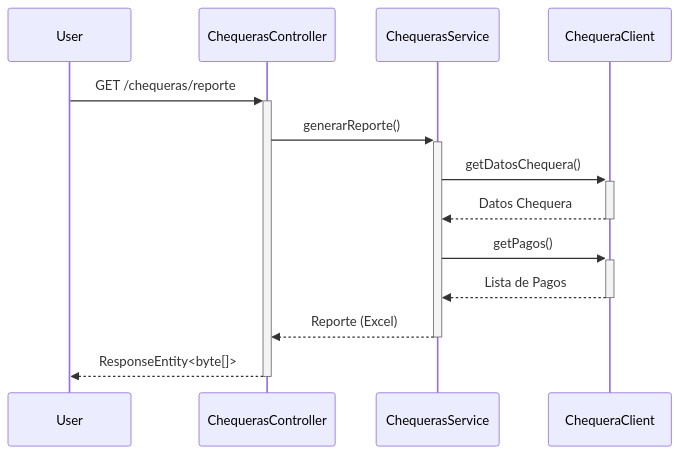
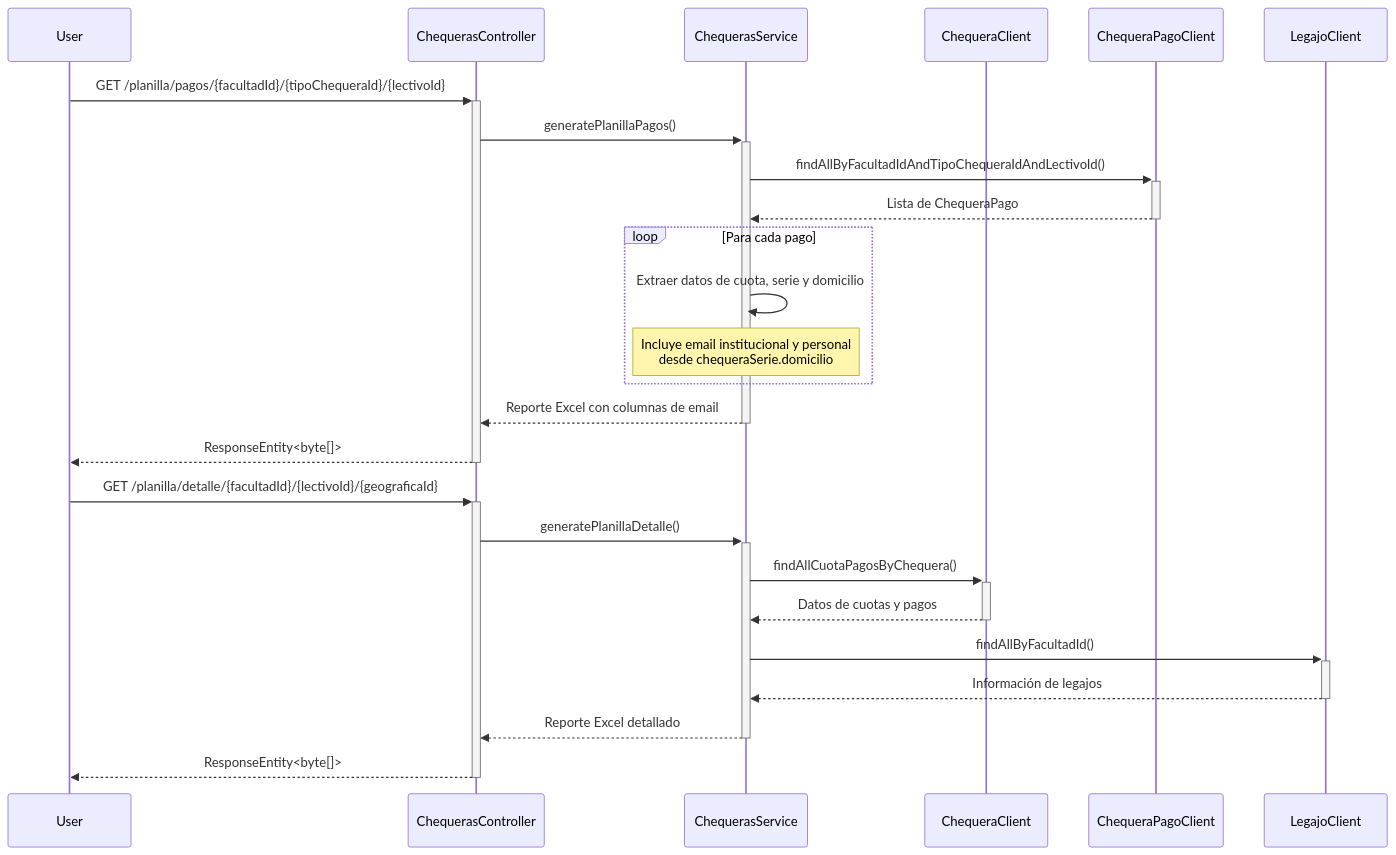
Before and after one commit to UM-services/UM.tesoreria.report-service: the diagram in docs/diagrams/generacion-reporte.mmd, drawn with Mermaid. The commit also changed 5 other files, not shown here.

First line of the commit message:
feat(report): add institutional and personal email columns to payment reports

````diff
--- a/docs/diagrams/generacion-reporte.mmd
+++ b/docs/diagrams/generacion-reporte.mmd
@@ -1,16 +1,29 @@
 ```mermaid
 sequenceDiagram
     participant User
     participant ChequerasController
     participant ChequerasService
     participant ChequeraClient
+    participant ChequeraPagoClient
+    participant LegajoClient
 
-    User->>+ChequerasController: GET /chequeras/reporte
-    ChequerasController->>+ChequerasService: generarReporte()
-    ChequerasService->>+ChequeraClient: getDatosChequera()
-    ChequeraClient-->>-ChequerasService: Datos Chequera
-    ChequerasService->>+ChequeraClient: getPagos()
-    ChequeraClient-->>-ChequerasService: Lista de Pagos
-    ChequerasService-->>-ChequerasController: Reporte (Excel)
+    User->>+ChequerasController: GET /planilla/pagos/{facultadId}/{tipoChequeraId}/{lectivoId}
+    ChequerasController->>+ChequerasService: generatePlanillaPagos()
+    ChequerasService->>+ChequeraPagoClient: findAllByFacultadIdAndTipoChequeraIdAndLectivoId()
+    ChequeraPagoClient-->>-ChequerasService: Lista de ChequeraPago
+    loop Para cada pago
+        ChequerasService->>ChequerasService: Extraer datos de cuota, serie y domicilio
+        Note over ChequerasService: Incluye email institucional y personal<br/>desde chequeraSerie.domicilio
+    end
+    ChequerasService-->>-ChequerasController: Reporte Excel con columnas de email
+    ChequerasController-->>-User: ResponseEntity<byte[]>
+
+    User->>+ChequerasController: GET /planilla/detalle/{facultadId}/{lectivoId}/{geograficaId}
+    ChequerasController->>+ChequerasService: generatePlanillaDetalle()
+    ChequerasService->>+ChequeraClient: findAllCuotaPagosByChequera()
+    ChequeraClient-->>-ChequerasService: Datos de cuotas y pagos
+    ChequerasService->>+LegajoClient: findAllByFacultadId()
+    LegajoClient-->>-ChequerasService: Información de legajos
+    ChequerasService-->>-ChequerasController: Reporte Excel detallado
     ChequerasController-->>-User: ResponseEntity<byte[]>
 ```
````
